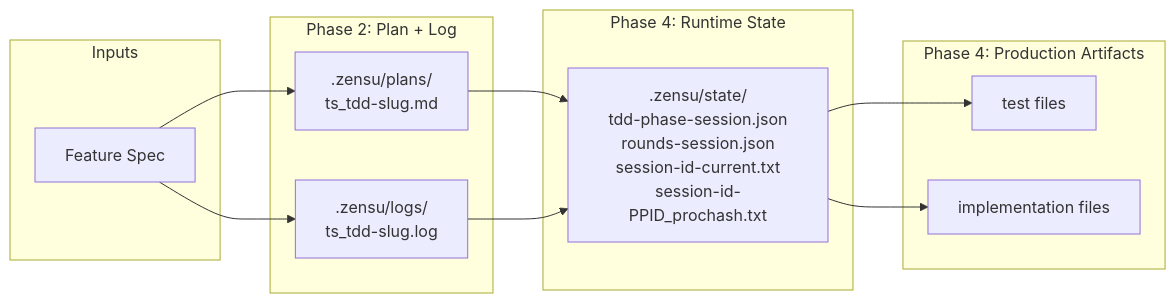
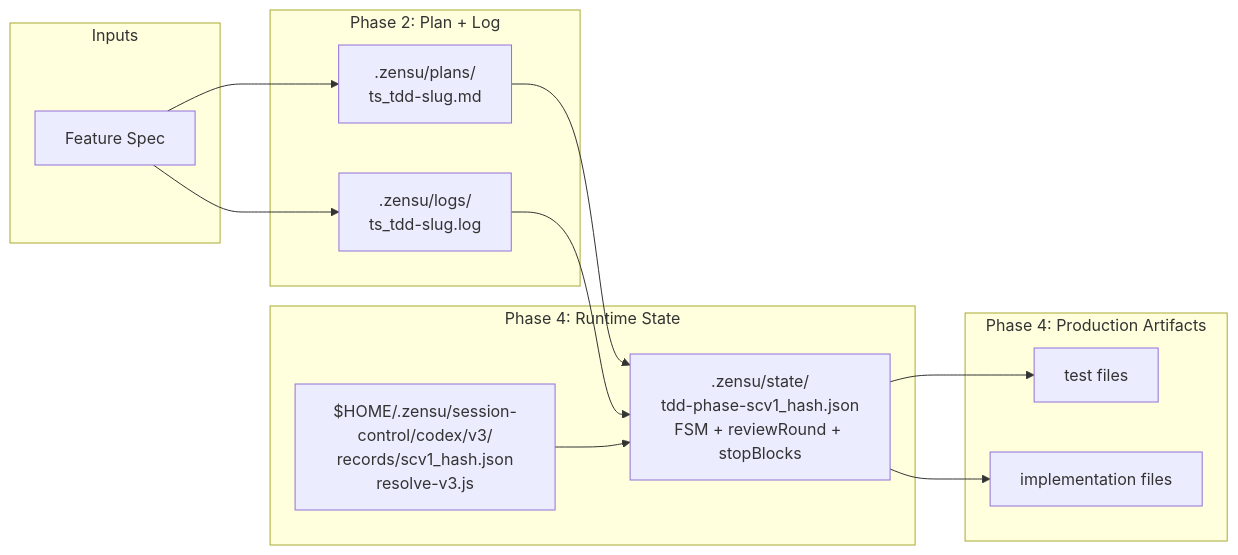
The third of 4 diagrams in plugins/zensu/docs/tdd-manager-workflow.md (MKITConsulting/zensu-codex), drawn with Mermaid before and after one commit. The commit also changed other lines of this file and 101 other files, not shown here.

First line of the commit message:
fix: isolate plugin roots per Codex session

````diff
--- a/plugins/zensu/docs/tdd-manager-workflow.md
+++ b/plugins/zensu/docs/tdd-manager-workflow.md
@@ -191,23 +207,25 @@
 ```mermaid
 flowchart LR
     subgraph Inputs
       Spec[Feature Spec]
     end
     subgraph Plan_Phase[Phase 2: Plan + Log]
       Plan[.zensu/plans/<br/>ts_tdd-slug.md]
       Log[.zensu/logs/<br/>ts_tdd-slug.log]
     end
     subgraph Runtime_State[Phase 4: Runtime State]
-      State[.zensu/state/<br/>tdd-phase-session.json<br/>rounds-session.json<br/>session-id-current.txt<br/>session-id-PPID_prochash.txt]
+      State[.zensu/state/<br/>tdd-phase-scv1_hash.json<br/>FSM + reviewRound + stopBlocks]
+      Control[$HOME/.zensu/session-control/codex/v3/<br/>records/scv1_hash.json<br/>resolve-v3.js]
     end
     subgraph Production[Phase 4: Production Artifacts]
       Tests[test files]
       Code[implementation files]
     end
     Spec --> Plan
     Spec --> Log
     Plan --> State
     Log --> State
+    Control --> State
     State --> Tests
     State --> Code
 ```
````
